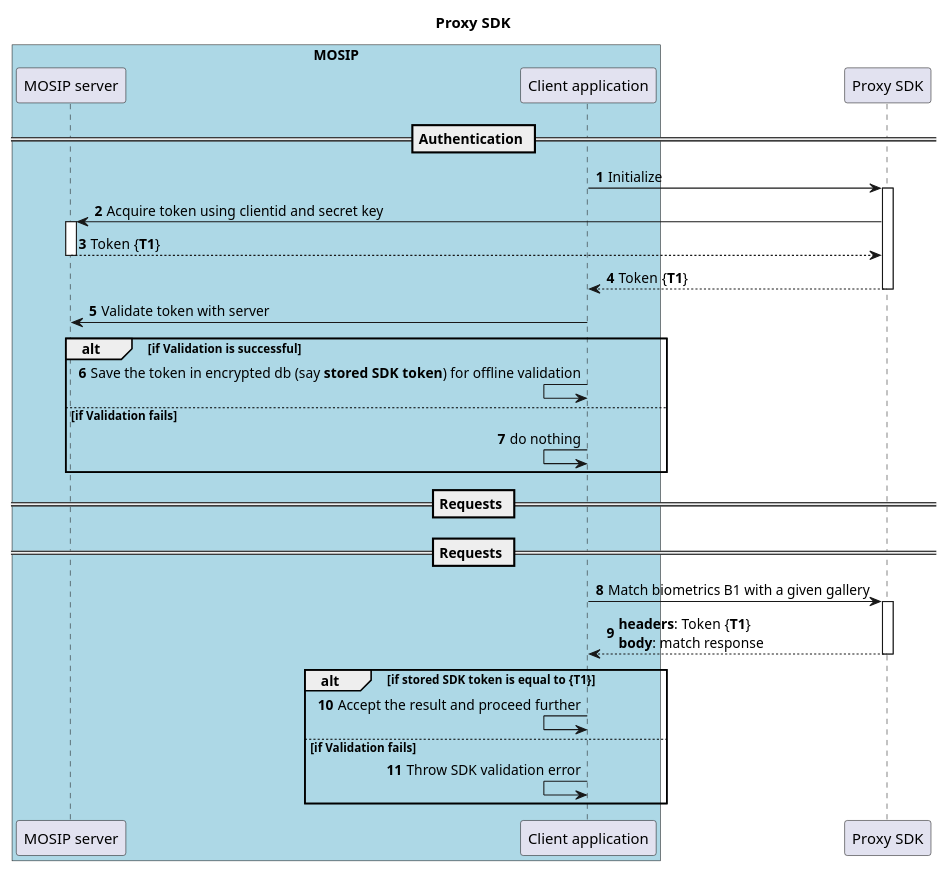
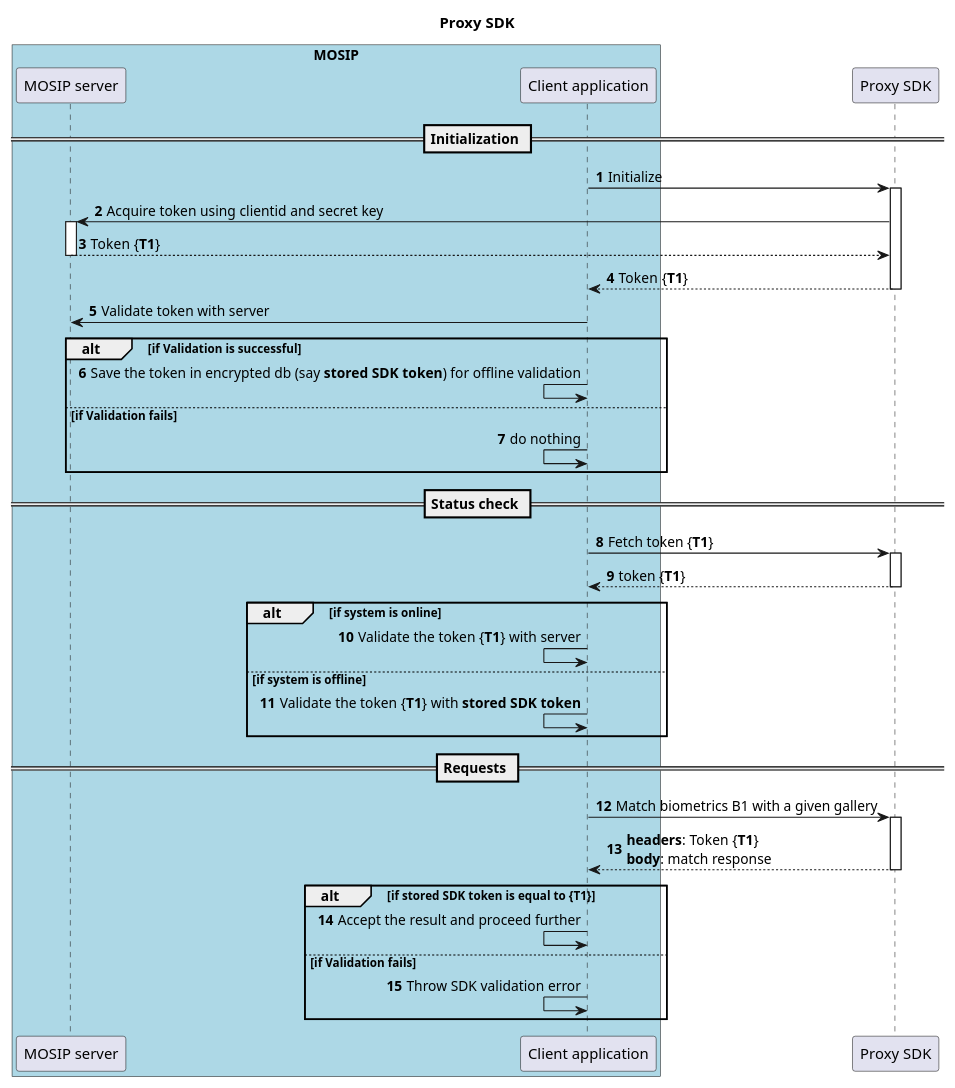
Before and after one commit to ankitvaishnav/mosip-mock-services: the diagram in docs/mockSDK/design.puml, drawn with PlantUML. The commit also changed 2 other files, not shown here.

Commit message:
flow diagram

```diff
--- a/docs/mockSDK/design.puml
+++ b/docs/mockSDK/design.puml
@@ -1,40 +1,48 @@
 @startuml
 title Proxy SDK
 autonumber
 
 box "MOSIP" #LightBlue
 participant "MOSIP server" as MS
 participant "Client application" as CA
 end box
 
 participant "Proxy SDK" as SDK
 
-== Authentication ==
+== Initialization ==
 CA -> SDK: Initialize
 activate SDK
 SDK -> MS: Acquire token using clientid and secret key
 activate MS
 return Token {**T1**}
 return Token {**T1**}
 
 CA -> MS: Validate token with server
 alt if Validation is successful
 CA <- CA: Save the token in encrypted db (say **stored SDK token**) for offline validation
 else if Validation fails
 CA <- CA: do nothing
 end
 
-== Requests ==
+== Status check ==
+CA -> SDK: Fetch token {**T1**}
+activate SDK
+return token {**T1**}
+alt if system is online
+CA <- CA: Validate the token {**T1**} with server
+else if system is offline
+CA <- CA: Validate the token {**T1**} with **stored SDK token**
+end
 
 == Requests ==
 CA -> SDK: Match biometrics B1 with a given gallery
 activate SDK
 return **headers**: Token {**T1**}\n**body**: match response
 
 alt if stored SDK token is equal to {**T1**}
 CA <- CA: Accept the result and proceed further
 else if Validation fails
 CA <- CA: Throw SDK validation error
 end
 
 @enduml
```
